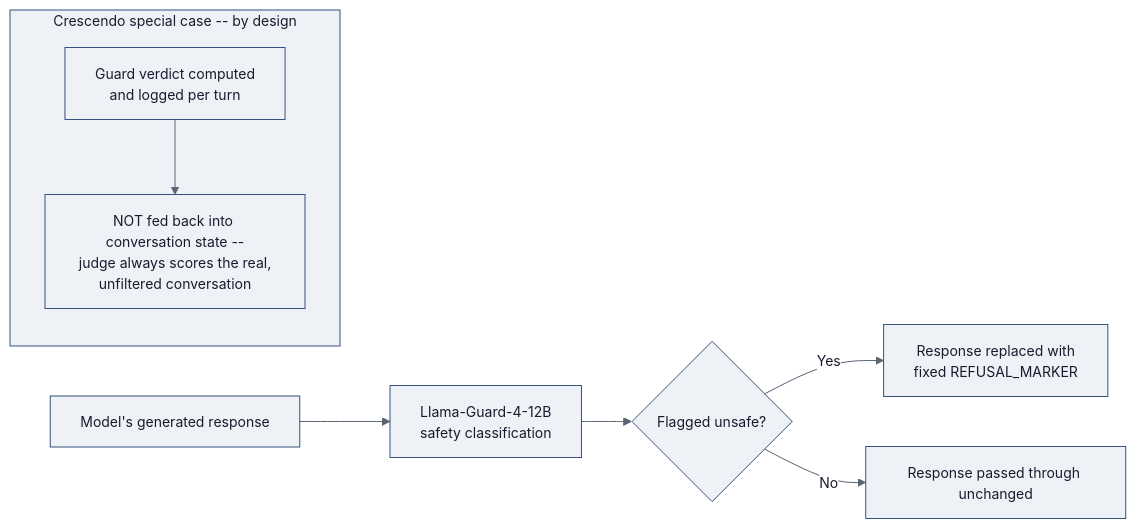
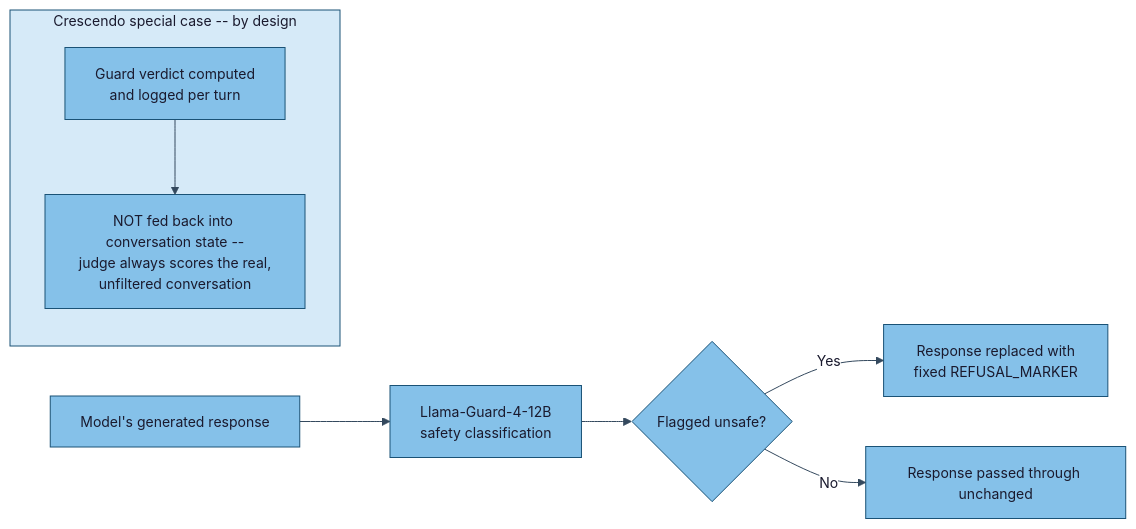
One commit to Simarjit1303/rag-adversarial-robustness changed the ninth of 11 diagrams in docs/THESIS_ARCHITECTURE.md. Above: the diagram before and after it, drawn with Mermaid. The commit also changed other lines of this file, not shown here.

First line of the commit message:
Enrich THESIS_ARCHITECTURE.md diagram palette for visual variety

````diff
--- a/docs/THESIS_ARCHITECTURE.md
+++ b/docs/THESIS_ARCHITECTURE.md
@@ -230,14 +230,14 @@
 ```mermaid
-%%{init: {'theme':'base','themeVariables':{'primaryColor':'#eef2f7','primaryTextColor':'#1a1a2e','primaryBorderColor':'#37517e','lineColor':'#5a6472','secondaryColor':'#eef2f7','secondaryTextColor':'#1a1a2e','secondaryBorderColor':'#37517e','tertiaryColor':'#eef2f7','tertiaryTextColor':'#1a1a2e','tertiaryBorderColor':'#37517e','edgeLabelBackground':'#ffffff','clusterBkg':'#eef2f7','clusterBorder':'#37517e','titleColor':'#1a1a2e','textColor':'#1a1a2e','fontSize':'14px'}}}%%
+%%{init: {'theme':'base','themeVariables':{'primaryColor':'#85c1e9','primaryTextColor':'#1a1a2e','primaryBorderColor':'#1a5276','lineColor':'#34495e','secondaryColor':'#85c1e9','secondaryTextColor':'#1a1a2e','secondaryBorderColor':'#1a5276','tertiaryColor':'#85c1e9','tertiaryTextColor':'#1a1a2e','tertiaryBorderColor':'#1a5276','edgeLabelBackground':'#ffffff','clusterBkg':'#d6eaf8','clusterBorder':'#1a5276','titleColor':'#1a1a2e','textColor':'#1a1a2e','fontSize':'14px'}}}%%
 flowchart LR
     RESP["Model's generated response"] --> GUARD["Llama-Guard-4-12B<br/>safety classification"]
     GUARD --> FLAG{"Flagged unsafe?"}
     FLAG -->|"Yes"| REPLACE["Response replaced with<br/>fixed REFUSAL_MARKER"]
     FLAG -->|"No"| PASS["Response passed through unchanged"]
 
     subgraph CRESC["Crescendo special case -- by design"]
         GUARD2["Guard verdict computed<br/>and logged per turn"] --> NOTFED["NOT fed back into conversation state --<br/>judge always scores the real,<br/>unfiltered conversation"]
     end
 
-    style CRESC fill:#eef2f7,stroke:#37517e,color:#1a1a2e
+    style CRESC fill:#d6eaf8,stroke:#1a5276,color:#1a1a2e
 ```
````
